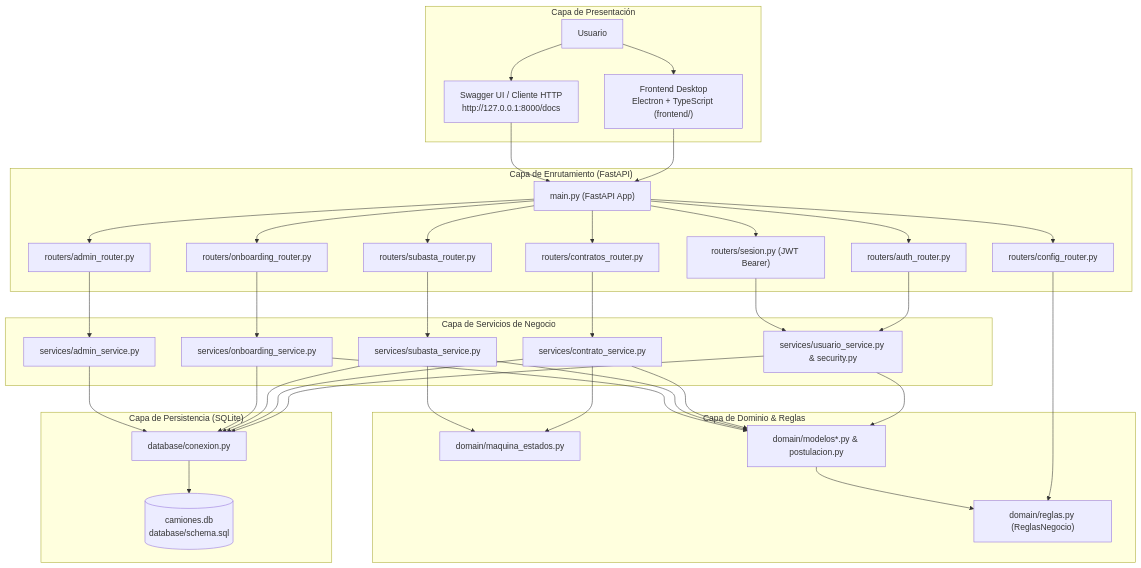
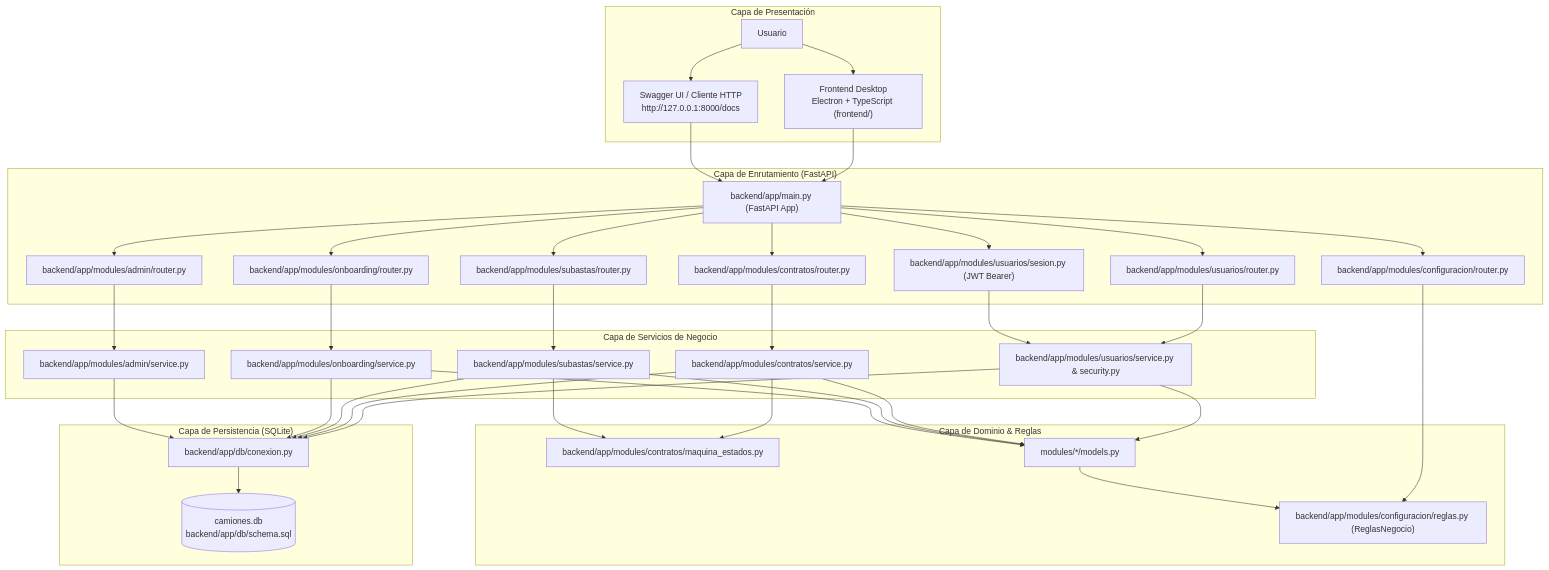
One commit to hamburgetestudent/Camiones_contratos changed the diagram in README.md. Above: the diagram before and after it, drawn with Mermaid. The commit also changed other lines of this file and 215 other files, not shown here.

First line of the commit message:
Reorganiza el backend por módulos de dominio bajo backend/app

````diff
--- a/README.md
+++ b/README.md
@@ -285,38 +255,38 @@
 ```mermaid
 flowchart TD
     subgraph UI["Capa de Presentación"]
         A["Usuario"] --> B["Frontend Desktop<br/>Electron + TypeScript (frontend/)"]
         A --> C["Swagger UI / Cliente HTTP<br/>http://127.0.0.1:8000/docs"]
     end
 
     subgraph API["Capa de Enrutamiento (FastAPI)"]
-        B & C --> D["main.py (FastAPI App)"]
-        D --> SSEC["routers/sesion.py (JWT Bearer)"]
-        D --> R1["routers/auth_router.py"]
-        D --> R2["routers/admin_router.py"]
-        D --> R3["routers/contratos_router.py"]
-        D --> R4["routers/subasta_router.py"]
-        D --> R5["routers/onboarding_router.py"]
-        D --> R6["routers/config_router.py"]
+        B & C --> D["backend/app/main.py (FastAPI App)"]
+        D --> SSEC["backend/app/modules/usuarios/sesion.py (JWT Bearer)"]
+        D --> R1["backend/app/modules/usuarios/router.py"]
+        D --> R2["backend/app/modules/admin/router.py"]
+        D --> R3["backend/app/modules/contratos/router.py"]
+        D --> R4["backend/app/modules/subastas/router.py"]
+        D --> R5["backend/app/modules/onboarding/router.py"]
+        D --> R6["backend/app/modules/configuracion/router.py"]
     end
 
     subgraph SERVICES["Capa de Servicios de Negocio"]
-        R1 & SSEC --> S1["services/usuario_service.py & security.py"]
-        R2 --> S5["services/admin_service.py"]
-        R3 --> S2["services/contrato_service.py"]
-        R4 --> S3["services/subasta_service.py"]
-        R5 --> S4["services/onboarding_service.py"]
+        R1 & SSEC --> S1["backend/app/modules/usuarios/service.py & security.py"]
+        R2 --> S5["backend/app/modules/admin/service.py"]
+        R3 --> S2["backend/app/modules/contratos/service.py"]
+        R4 --> S3["backend/app/modules/subastas/service.py"]
+        R5 --> S4["backend/app/modules/onboarding/service.py"]
     end
 
     subgraph DOMAIN["Capa de Dominio & Reglas"]
-        R6 --> M3["domain/reglas.py (ReglasNegocio)"]
-        S2 & S3 --> M1["domain/maquina_estados.py"]
-        S1 & S2 & S3 & S4 --> M2["domain/modelos*.py & postulacion.py"]
+        R6 --> M3["backend/app/modules/configuracion/reglas.py (ReglasNegocio)"]
+        S2 & S3 --> M1["backend/app/modules/contratos/maquina_estados.py"]
+        S1 & S2 & S3 & S4 --> M2["modules/*/models.py"]
         M2 --> M3
     end
 
     subgraph PERSISTENCE["Capa de Persistencia (SQLite)"]
-        S1 & S2 & S3 & S4 & S5 --> DBCON["database/conexion.py"]
-        DBCON --> SQLITE[("camiones.db<br/>database/schema.sql")]
+        S1 & S2 & S3 & S4 & S5 --> DBCON["backend/app/db/conexion.py"]
+        DBCON --> SQLITE[("camiones.db<br/>backend/app/db/schema.sql")]
     end
 ```
````
